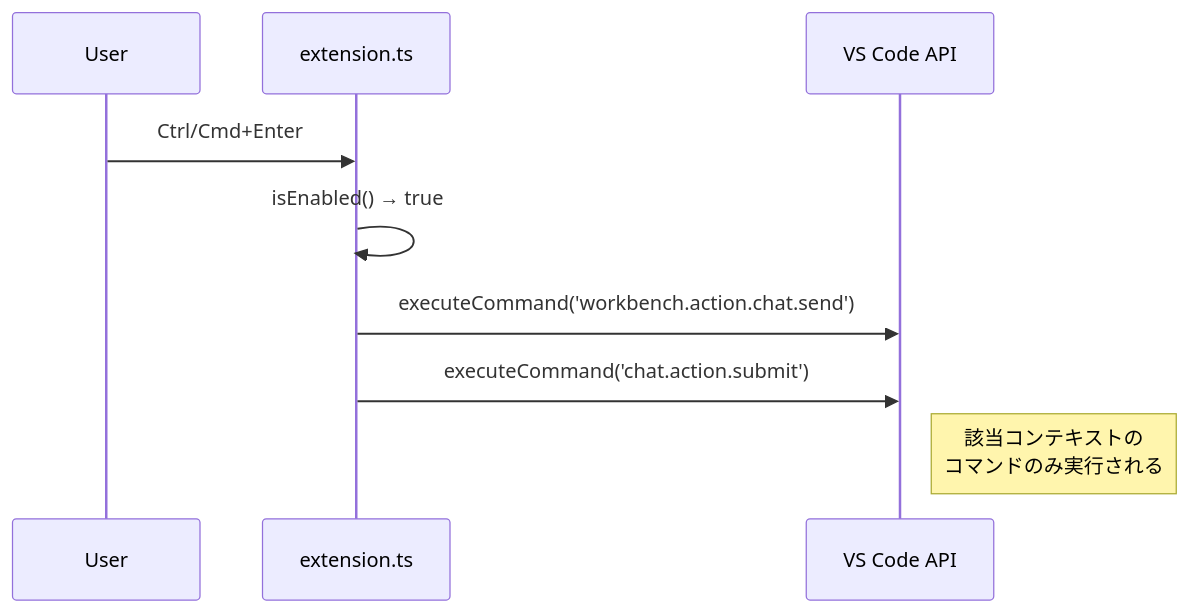
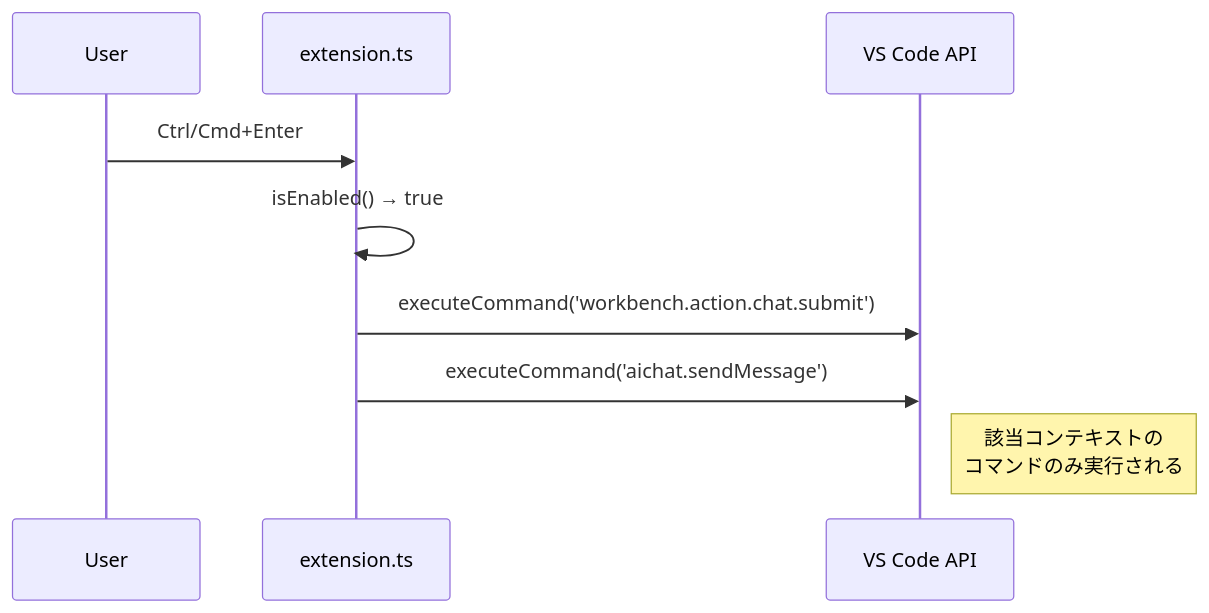
One commit to kimura512/no-send-enter changed the third of 3 diagrams in ARCHITECTURE.md. Above: the diagram before and after it, drawn with Mermaid. The commit also changed other lines of this file and 8 other files, not shown here.

Commit message:
feat: Update chat command IDs and `when` conditions for `inlineChat` and `aichat` contexts, disable TypeScript declaration generation, and add new documentation files.

````diff
--- a/ARCHITECTURE.md
+++ b/ARCHITECTURE.md
@@ -67,12 +67,12 @@
 ```mermaid
 sequenceDiagram
     participant User
     participant Ext as extension.ts
     participant VS as VS Code API
 
     User->>Ext: Ctrl/Cmd+Enter
     Ext->>Ext: isEnabled() → true
-    Ext->>VS: executeCommand('workbench.action.chat.send')
-    Ext->>VS: executeCommand('chat.action.submit')
+    Ext->>VS: executeCommand('workbench.action.chat.submit')
+    Ext->>VS: executeCommand('aichat.sendMessage')
     Note right of VS: 該当コンテキストの<br/>コマンドのみ実行される
 ```
````
